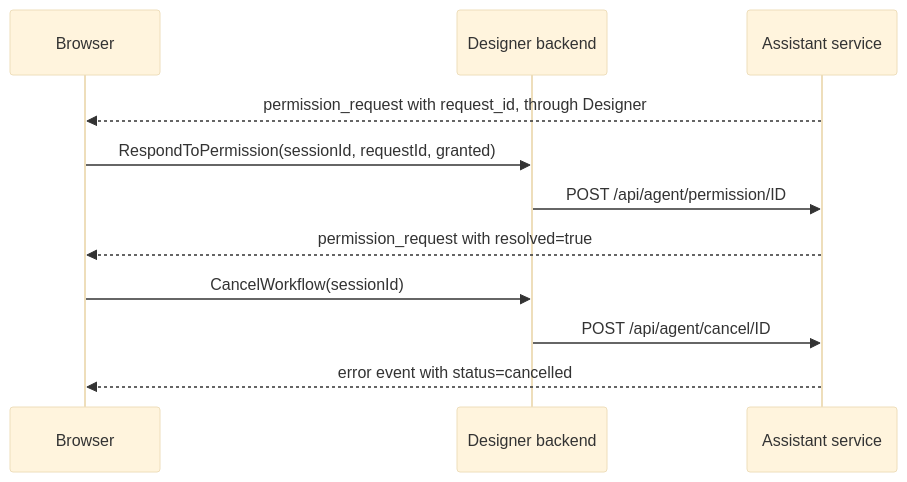
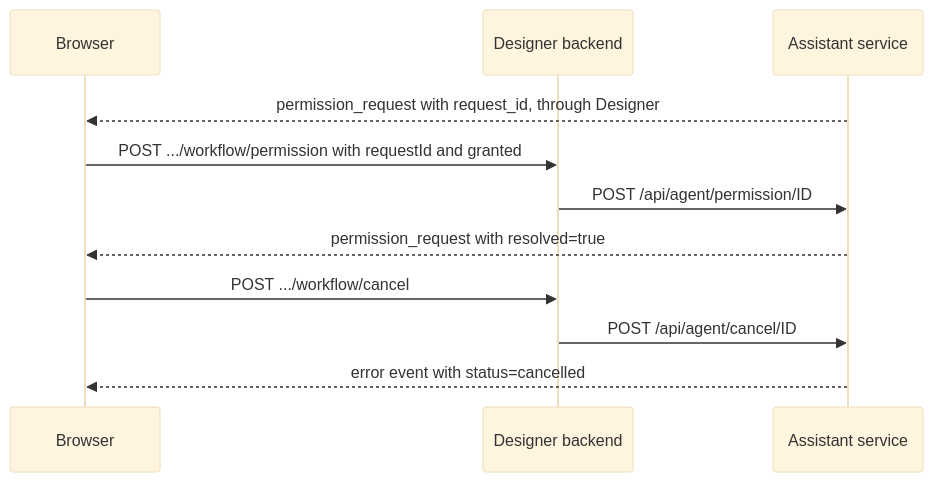
One commit to Altinn/altinn-studio changed the sixth of 10 diagrams in src/AI/assistant/docs/2-system-context.md. Above: the diagram before and after it, drawn with Mermaid (base theme). The commit also changed other lines of this file and 37 other files, not shown here.

````diff
--- a/src/AI/assistant/docs/2-system-context.md
+++ b/src/AI/assistant/docs/2-system-context.md
@@ -106,13 +108,13 @@
 ```mermaid
 sequenceDiagram
   participant B as Browser
   participant D as Designer backend
   participant A as Assistant service
   A-->>B: permission_request with request_id, through Designer
-  B->>D: RespondToPermission(sessionId, requestId, granted)
+  B->>D: POST .../workflow/permission with requestId and granted
   D->>A: POST /api/agent/permission/ID
   A-->>B: permission_request with resolved=true
-  B->>D: CancelWorkflow(sessionId)
+  B->>D: POST .../workflow/cancel
   D->>A: POST /api/agent/cancel/ID
   A-->>B: error event with status=cancelled
 ```
````
